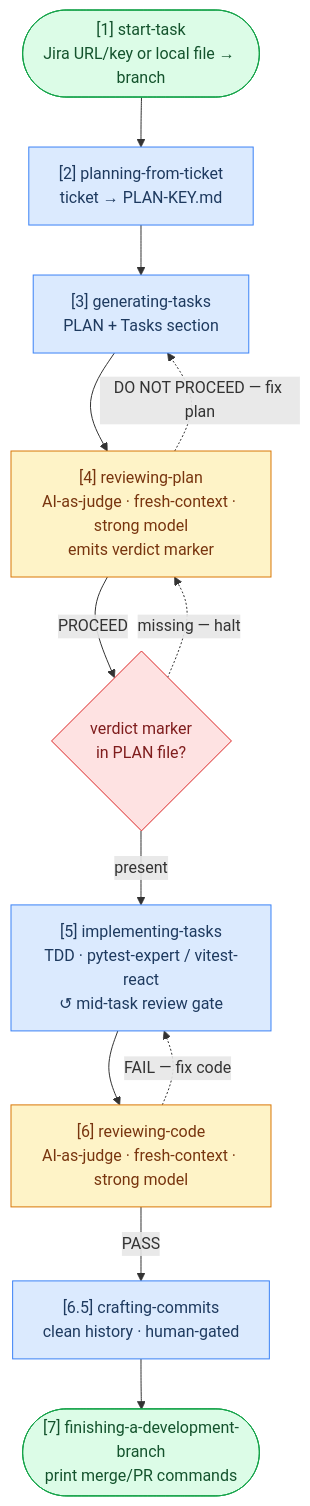
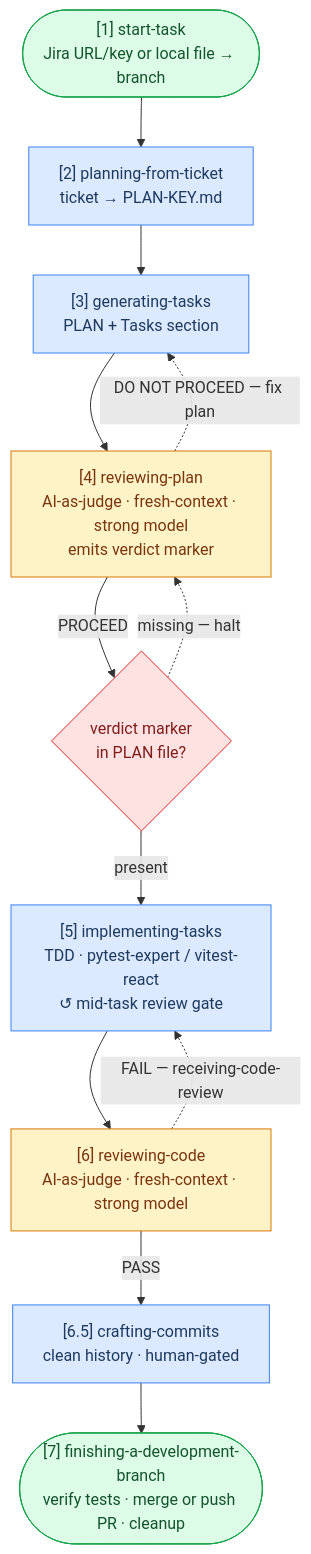
One commit to mhihasan/agent-skills changed the diagram in README.md. Above: the diagram before and after it, drawn with Mermaid.

Commit message:
fix: improve diagram labels for reviewing-code fail path and finishing-a-development-branch

````diff
--- a/README.md
+++ b/README.md
@@ -13,26 +13,26 @@
 ```mermaid
 flowchart TD
     classDef pipe fill:#dbeafe,stroke:#3b82f6,color:#1e3a5f
     classDef judge fill:#fef3c7,stroke:#d97706,color:#78350f
     classDef sp fill:#dcfce7,stroke:#16a34a,color:#14532d
     classDef gate fill:#fee2e2,stroke:#dc2626,color:#7f1d1d
 
     ST(["[1] start-task\nJira URL/key or local file → branch"]):::sp
     PFT["[2] planning-from-ticket\nticket → PLAN-KEY.md"]:::pipe
     GT["[3] generating-tasks\nPLAN + Tasks section"]:::pipe
     RP["[4] reviewing-plan\nAI-as-judge · fresh-context · strong model\nemits verdict marker"]:::judge
     GATE{"verdict marker\nin PLAN file?"}:::gate
     IT["[5] implementing-tasks\nTDD · pytest-expert / vitest-react\n↺ mid-task review gate"]:::pipe
     RC["[6] reviewing-code\nAI-as-judge · fresh-context · strong model"]:::judge
     CC["[6.5] crafting-commits\nclean history · human-gated"]:::pipe
-    FDB(["[7] finishing-a-development-branch\nprint merge/PR commands"]):::sp
+    FDB(["[7] finishing-a-development-branch\nverify tests · merge or push PR · cleanup"]):::sp
 
     ST --> PFT --> GT --> RP
     RP -->|PROCEED| GATE
     RP -.->|"DO NOT PROCEED — fix plan"| GT
     GATE -->|present| IT
     GATE -.->|"missing — halt"| RP
     IT --> RC
     RC -->|PASS| CC --> FDB
-    RC -.->|"FAIL — fix code"| IT
+    RC -.->|"FAIL — receiving-code-review"| IT
 ```
````
